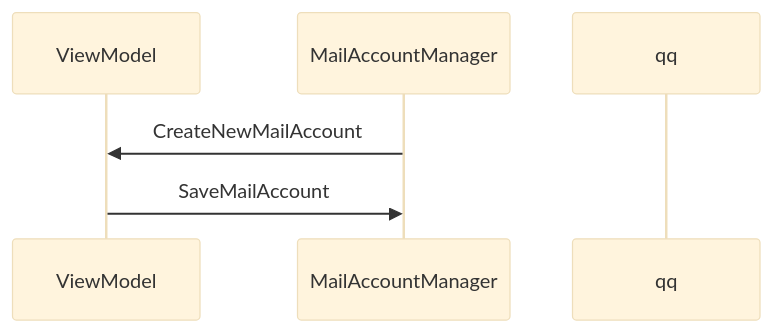
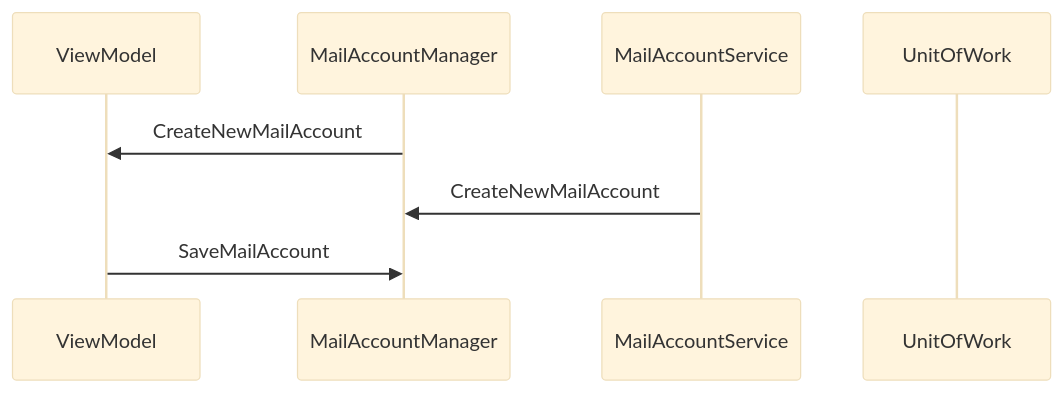
One commit to jan-schubert/Mailie changed the diagram in Documentation/Settings.md. Above: the diagram before and after it, drawn with Mermaid (base theme). The commit also changed other lines of this file, not shown here.

Commit message:
Documentation/Settings.md updated from https://stackedit.io/

````diff
--- a/Documentation/Settings.md
+++ b/Documentation/Settings.md
@@ -4,10 +4,11 @@
 ```mermaid
 sequenceDiagram
 participant ViewModel
 participant MailAccountManager
-participant qq
-
+participant MailAccountService
+participant UnitOfWork
 
 MailAccountManager->>ViewModel: CreateNewMailAccount
+MailAccountService->>MailAccountManager: CreateNewMailAccount
 ViewModel->>MailAccountManager: SaveMailAccount
 ```
````
